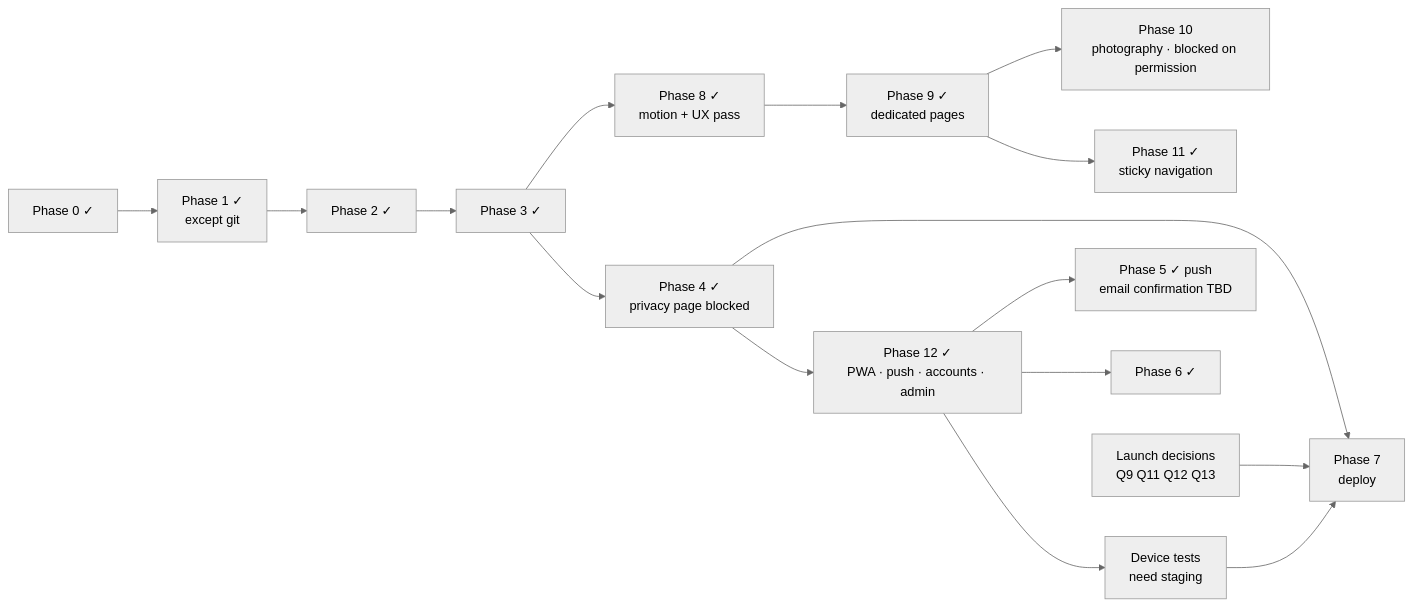
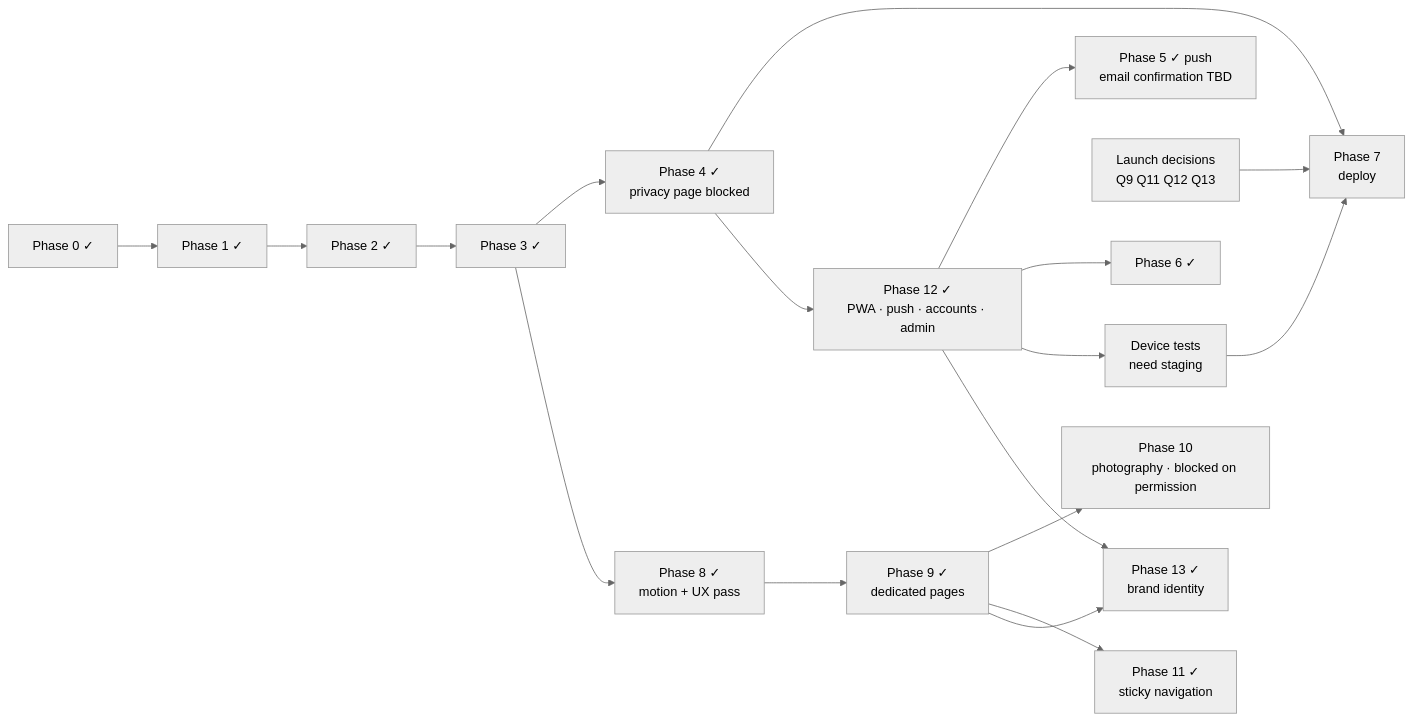
One commit to E310-Tech-Team/nyaya-sop changed the diagram in docs/06-Implementation-Plan.md. Above: the diagram before and after it, drawn with Mermaid (neutral theme). The commit also changed other lines of this file and 79 other files, not shown here.

First line of the commit message:
Apply the School of Purpose brand identity

````diff
--- a/docs/06-Implementation-Plan.md
+++ b/docs/06-Implementation-Plan.md
@@ -215,18 +229,20 @@
 ```mermaid
 flowchart LR
-    P0[Phase 0 ✓] --> P1[Phase 1 ✓<br/>except git]
+    P0[Phase 0 ✓] --> P1[Phase 1 ✓]
     P1 --> P2[Phase 2 ✓]
     P2 --> P3[Phase 3 ✓]
     P3 --> P4[Phase 4 ✓<br/>privacy page blocked]
     P3 --> P8[Phase 8 ✓<br/>motion + UX pass]
     P8 --> P9[Phase 9 ✓<br/>dedicated pages]
     P9 --> P10[Phase 10<br/>photography · blocked on permission]
     P9 --> P11[Phase 11 ✓<br/>sticky navigation]
     P4 --> P7[Phase 7<br/>deploy]
     Q[Launch decisions<br/>Q9 Q11 Q12 Q13] --> P7
     P4 --> P12[Phase 12 ✓<br/>PWA · push · accounts · admin]
     P12 --> P5[Phase 5 ✓ push<br/>email confirmation TBD]
     P12 --> P6[Phase 6 ✓]
     P12 --> DEV[Device tests<br/>need staging]
+    P9 --> P13[Phase 13 ✓<br/>brand identity]
+    P12 --> P13
     DEV --> P7
 ```
````
